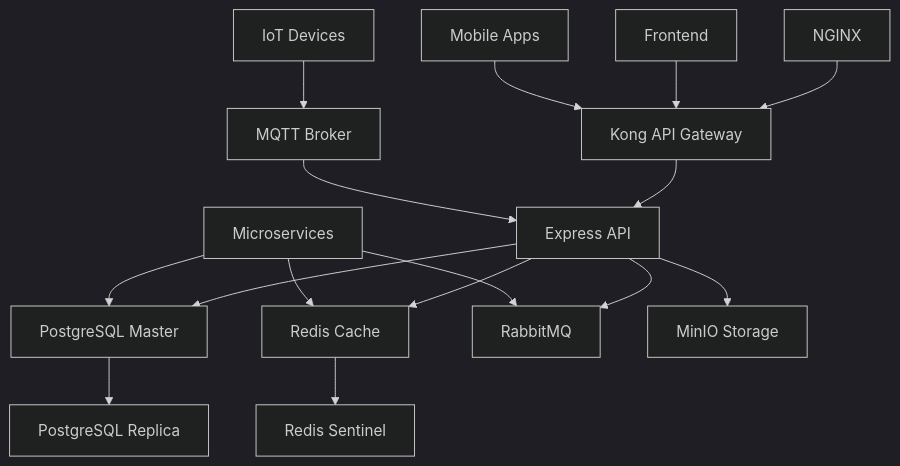
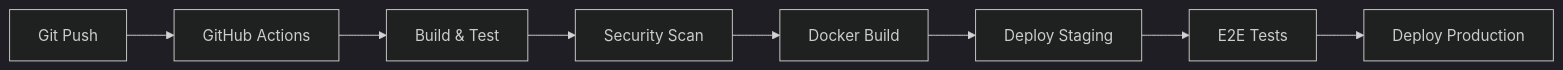
One commit to PeterH4ck/SKYN3T-Control_ changed the second of 2 diagrams in README.md. Above: the diagram before and after it, drawn with Mermaid (dark theme). The commit also changed other lines of this file, not shown here.

````diff
--- a/README.md
+++ b/README.md
@@ -163,21 +463,10 @@
 ```mermaid
-graph TD
-    A[NGINX] --> B[Kong API Gateway]
-    B --> C[Express API]
-    C --> D[PostgreSQL Master]
-    C --> E[Redis Cache]
-    C --> F[RabbitMQ]
-    C --> G[MinIO Storage]
-    
-    D --> H[PostgreSQL Replica]
-    E --> I[Redis Sentinel]
-    
-    J[Microservices] --> F
-    J --> E
-    J --> D
-    
-    K[Frontend] --> B
-    L[Mobile Apps] --> B
-    M[IoT Devices] --> N[MQTT Broker]
-    N --> C
+graph LR
+    A[Git Push] --> B[GitHub Actions]
+    B --> C[Build & Test]
+    C --> D[Security Scan]
+    D --> E[Docker Build]
+    E --> F[Deploy Staging]
+    F --> G[E2E Tests]
+    G --> H[Deploy Production]
 ```
````
